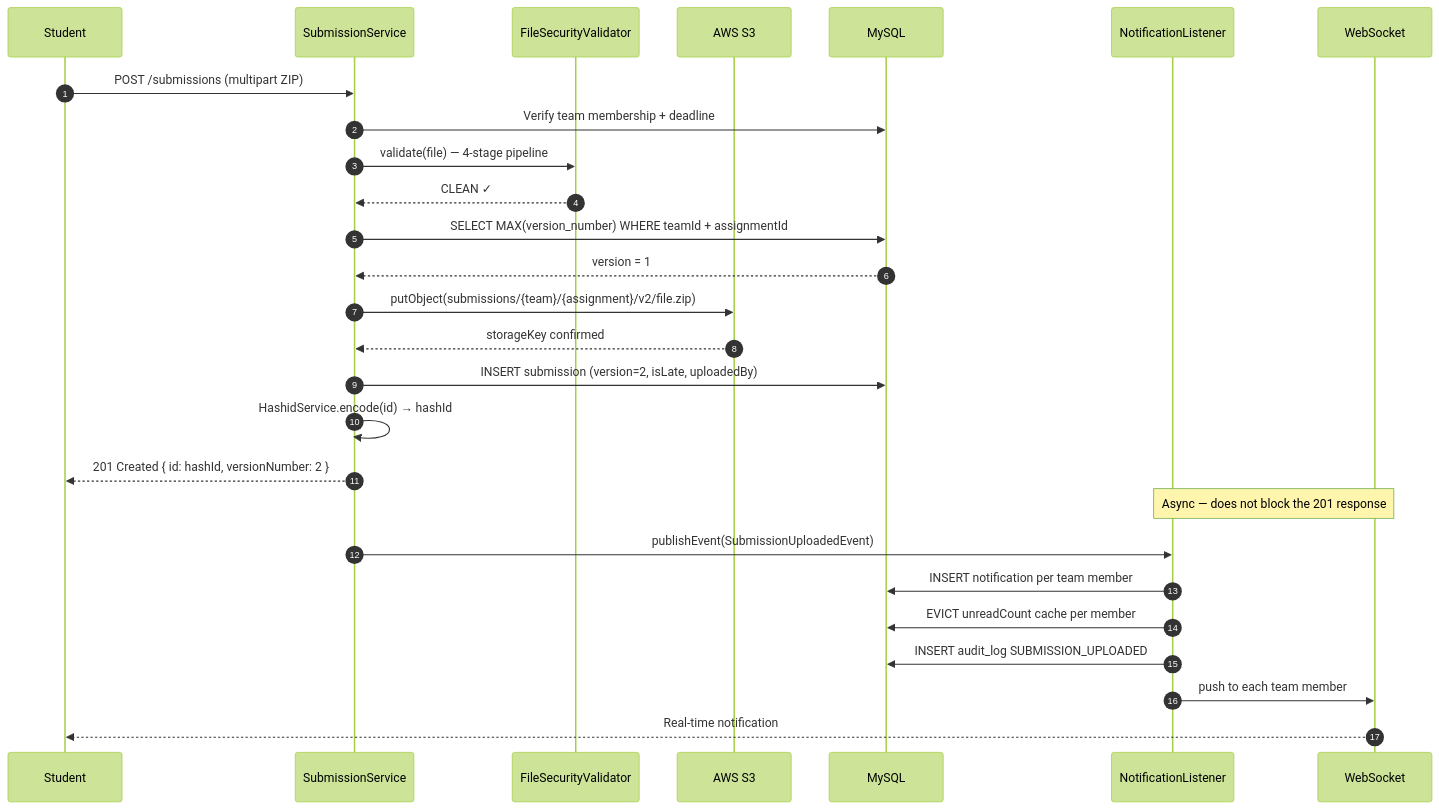
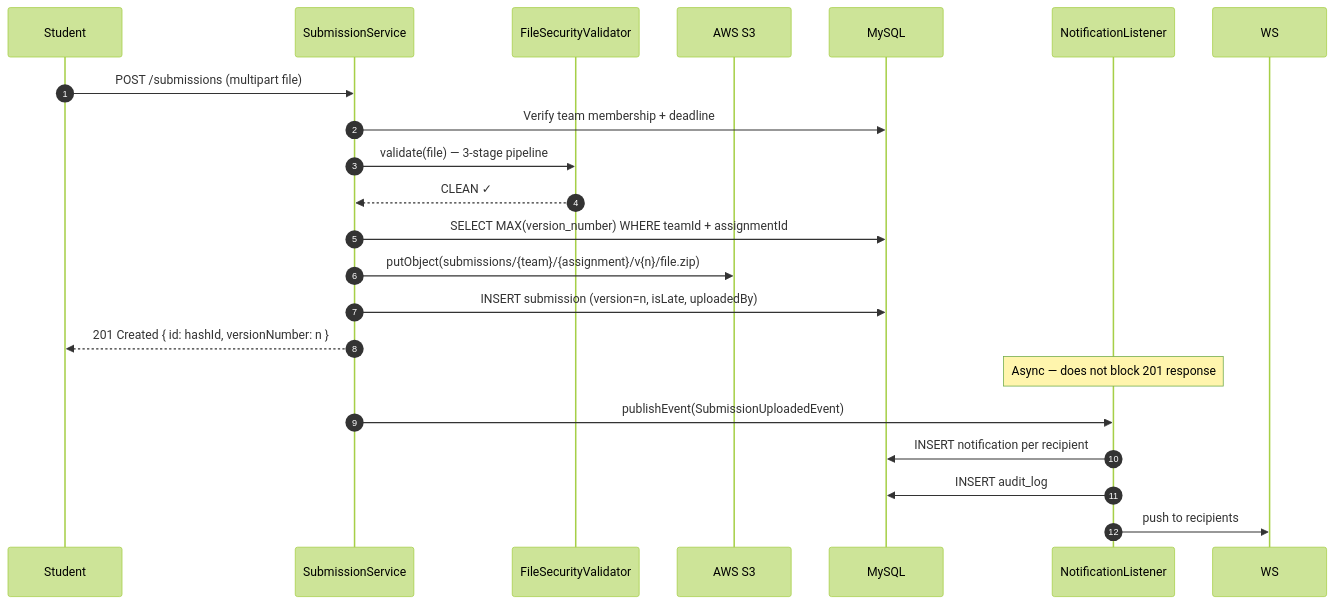
Before and after one commit to olafabregas/Reviewflow: the fifth of 7 diagrams in ARCHITECTURE.md, drawn with Mermaid (forest theme). The commit also changed other lines of this file, not shown here.

Commit message:
Updating the Architecture file

````diff
--- a/ARCHITECTURE.md
+++ b/ARCHITECTURE.md
@@ -266,31 +186,25 @@
 ```mermaid
 sequenceDiagram
     autonumber
     participant C as Student
     participant SS as SubmissionService
     participant FSV as FileSecurityValidator
     participant S3 as AWS S3
     participant DB as MySQL
     participant NL as NotificationListener
-    participant WS as WebSocket
 
-    C->>SS: POST /submissions (multipart ZIP)
+    C->>SS: POST /submissions (multipart file)
     SS->>DB: Verify team membership + deadline
-    SS->>FSV: validate(file) — 4-stage pipeline
+    SS->>FSV: validate(file) — 3-stage pipeline
     FSV-->>SS: CLEAN ✓
     SS->>DB: SELECT MAX(version_number) WHERE teamId + assignmentId
-    DB-->>SS: version = 1
-    SS->>S3: putObject(submissions/{team}/{assignment}/v2/file.zip)
-    S3-->>SS: storageKey confirmed
-    SS->>DB: INSERT submission (version=2, isLate, uploadedBy)
-    SS->>SS: HashidService.encode(id) → hashId
-    SS-->>C: 201 Created { id: hashId, versionNumber: 2 }
+    SS->>S3: putObject(submissions/{team}/{assignment}/v{n}/file.zip)
+    SS->>DB: INSERT submission (version=n, isLate, uploadedBy)
+    SS-->>C: 201 Created { id: hashId, versionNumber: n }
 
-    Note over NL,WS: Async — does not block the 201 response
+    Note over NL: Async — does not block 201 response
     SS->>NL: publishEvent(SubmissionUploadedEvent)
-    NL->>DB: INSERT notification per team member
-    NL->>DB: EVICT unreadCount cache per member
-    NL->>DB: INSERT audit_log SUBMISSION_UPLOADED
-    NL->>WS: push to each team member
-    WS-->>C: Real-time notification
+    NL->>DB: INSERT notification per recipient
+    NL->>DB: INSERT audit_log
+    NL->>WS: push to recipients
 ```
````
